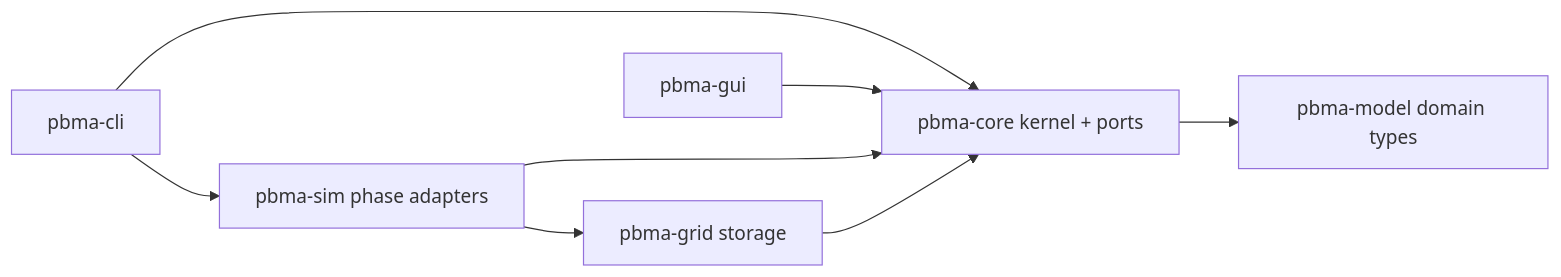
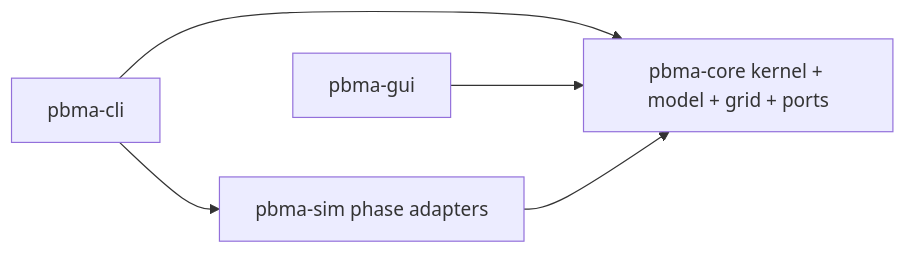
The first of 2 diagrams in docs/ARCHITECTURE.md (TimerErTim/bioinf.bachelor-thesis), drawn with Mermaid before and after one commit. The commit also changed other lines of this file and 32 other files, not shown here.

First line of the commit message:
refactor(core): merge pbma-model and pbma-grid into pbma-core

````diff
--- a/docs/ARCHITECTURE.md
+++ b/docs/ARCHITECTURE.md
@@ -29,16 +33,11 @@
 ```mermaid
 flowchart LR
-    model[pbma-model domain types]
-    core[pbma-core kernel + ports]
-    grid[pbma-grid storage]
+    core[pbma-core kernel + model + grid + ports]
     sim[pbma-sim phase adapters]
     cli[pbma-cli]
     gui[pbma-gui]
     cli --> core
     cli --> sim
     gui --> core
-    sim --> grid
     sim --> core
-    grid --> core
-    core --> model
 ```
````
